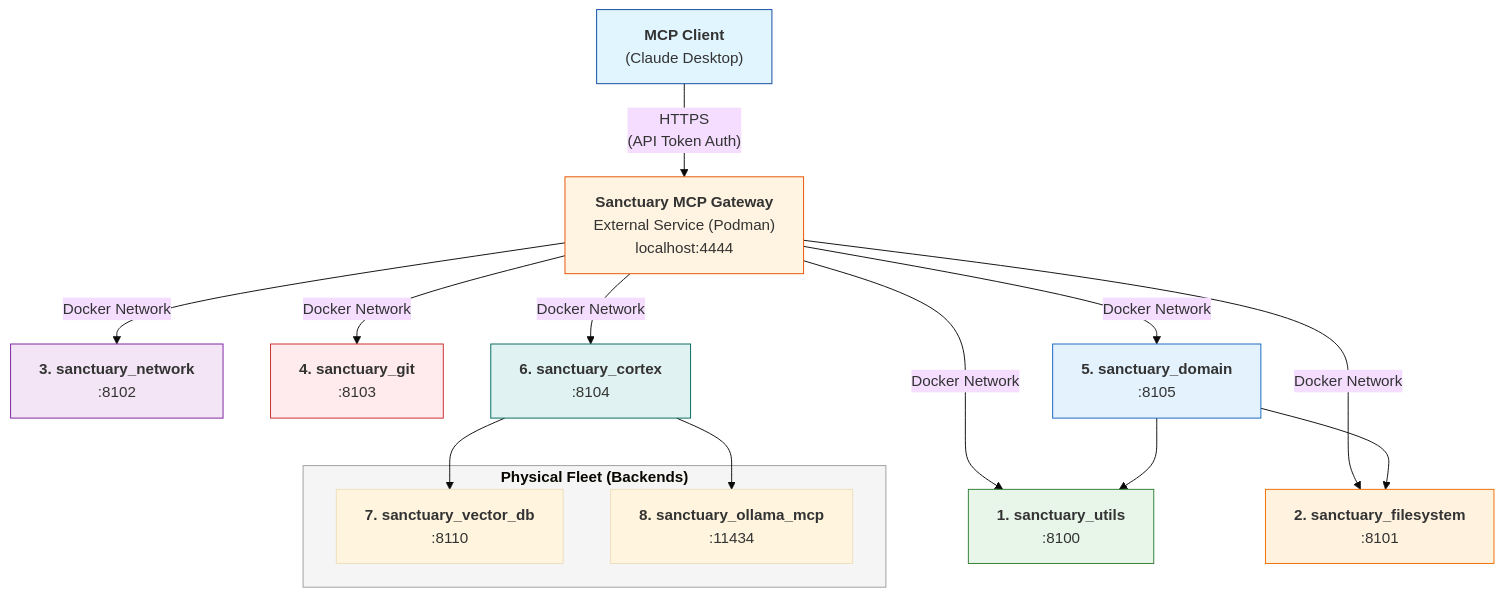
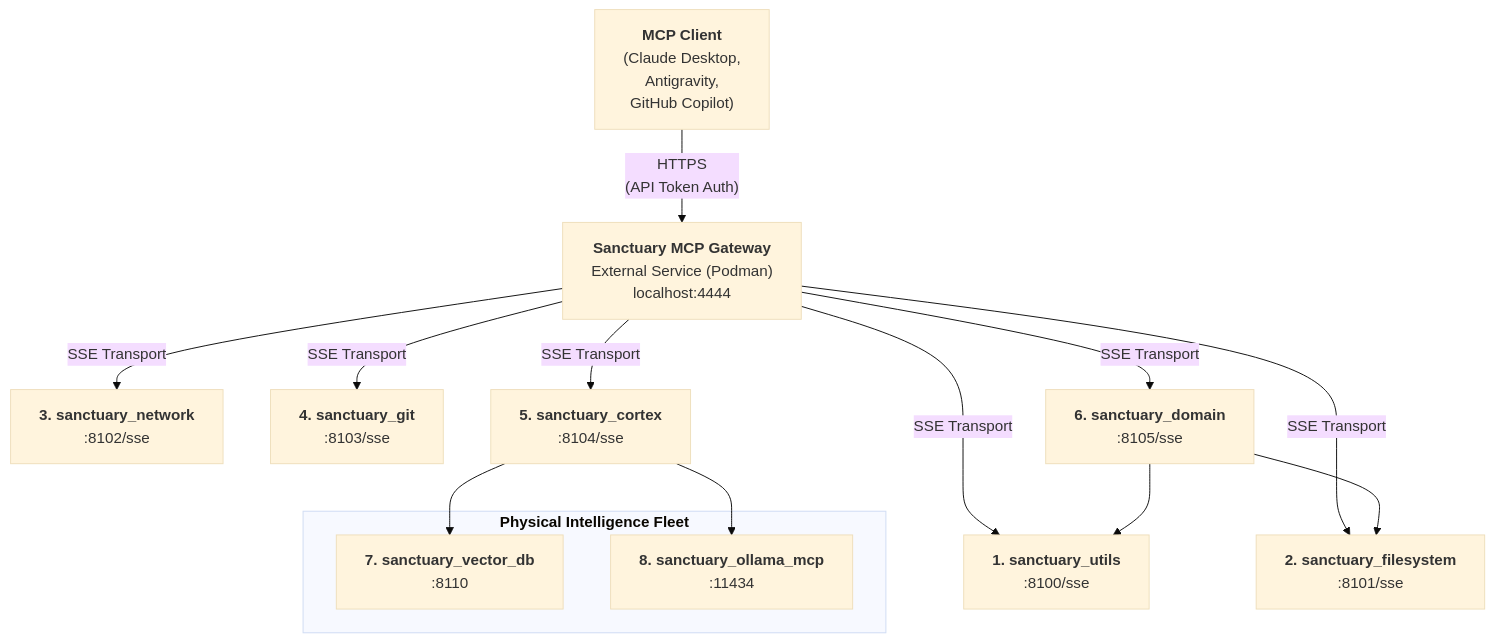
One commit to richfrem/Project_Sanctuary changed the diagram in docs/mcp_servers/gateway/README.md. Above: the diagram before and after it, drawn with Mermaid. The commit also changed other lines of this file and 3 other files, not shown here.

````diff
--- a/docs/mcp_servers/gateway/README.md
+++ b/docs/mcp_servers/gateway/README.md
@@ -105,36 +107,26 @@
 ```mermaid
 ---
 config:
   theme: base
   layout: dagre
 ---
 flowchart TB
-    Client["<b>MCP Client</b><br>(Claude Desktop)"] -- HTTPS<br>(API Token Auth) --> Gateway["<b>Sanctuary MCP Gateway</b><br>External Service (Podman)<br>localhost:4444"]
+    Client["<b>MCP Client</b><br>(Claude Desktop,<br>Antigravity,<br>GitHub Copilot)"] -- HTTPS<br>(API Token Auth) --> Gateway["<b>Sanctuary MCP Gateway</b><br>External Service (Podman)<br>localhost:4444"]
     
-    Gateway -- Docker Network --> Utils["<b>1. sanctuary_utils</b><br>:8100"]
-    Gateway -- Docker Network --> Filesystem["<b>2. sanctuary_filesystem</b><br>:8101"]
-    Gateway -- Docker Network --> Network["<b>3. sanctuary_network</b><br>:8102"]
-    Gateway -- Docker Network --> Git["<b>4. sanctuary_git</b><br>:8103"]
-    Gateway -- Docker Network --> Domain["<b>5. sanctuary_domain</b><br>:8105"]
-    Gateway -- Docker Network --> Cortex["<b>6. sanctuary_cortex</b><br>:8104"]
+    Gateway -- SSE Transport --> Utils["<b>1. sanctuary_utils</b><br>:8100/sse"]
+    Gateway -- SSE Transport --> Filesystem["<b>2. sanctuary_filesystem</b><br>:8101/sse"]
+    Gateway -- SSE Transport --> Network["<b>3. sanctuary_network</b><br>:8102/sse"]
+    Gateway -- SSE Transport --> Git["<b>4. sanctuary_git</b><br>:8103/sse"]
+    Gateway -- SSE Transport --> Domain["<b>6. sanctuary_domain</b><br>:8105/sse"]
+    Gateway -- SSE Transport --> Cortex["<b>5. sanctuary_cortex</b><br>:8104/sse"]
     
-    subgraph Backends["<b>Physical Fleet (Backends)</b>"]
+    subgraph Backends["<b>Physical Intelligence Fleet</b>"]
         VectorDB["<b>7. sanctuary_vector_db</b><br>:8110"]
         Ollama["<b>8. sanctuary_ollama_mcp</b><br>:11434"]
     end
 
     Cortex --> VectorDB
     Cortex --> Ollama
     Domain --> Utils
     Domain --> Filesystem
-
-    style Client fill:#e1f5ff,stroke:#0d47a1
-    style Gateway fill:#fff4e1,stroke:#e65100
-    style Utils fill:#e8f5e9,stroke:#2e7d32
-    style Filesystem fill:#fff3e0,stroke:#ef6c00
-    style Network fill:#f3e5f5,stroke:#7b1fa2
-    style Git fill:#ffebee,stroke:#c62828
-    style Domain fill:#e3f2fd,stroke:#1565c0
-    style Cortex fill:#e0f2f1,stroke:#00695c
-    style Backends fill:#f5f5f5,stroke:#9e9e9e
 ```
````
